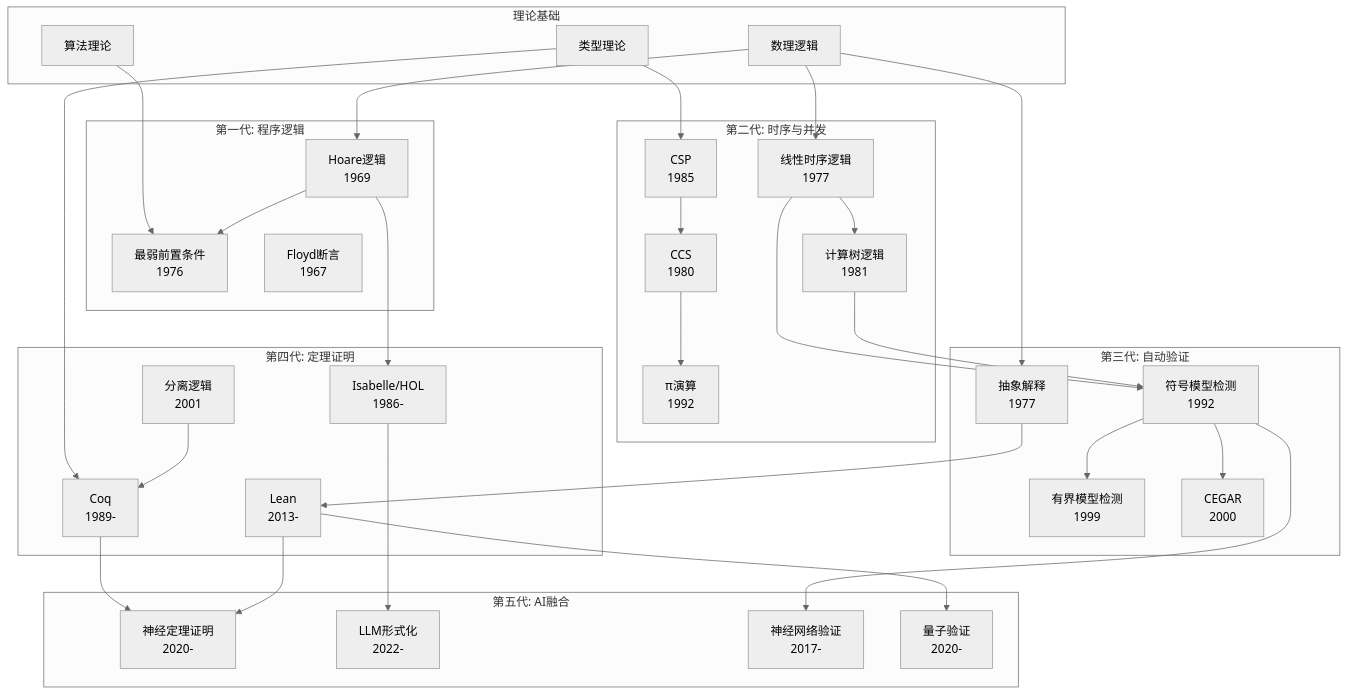
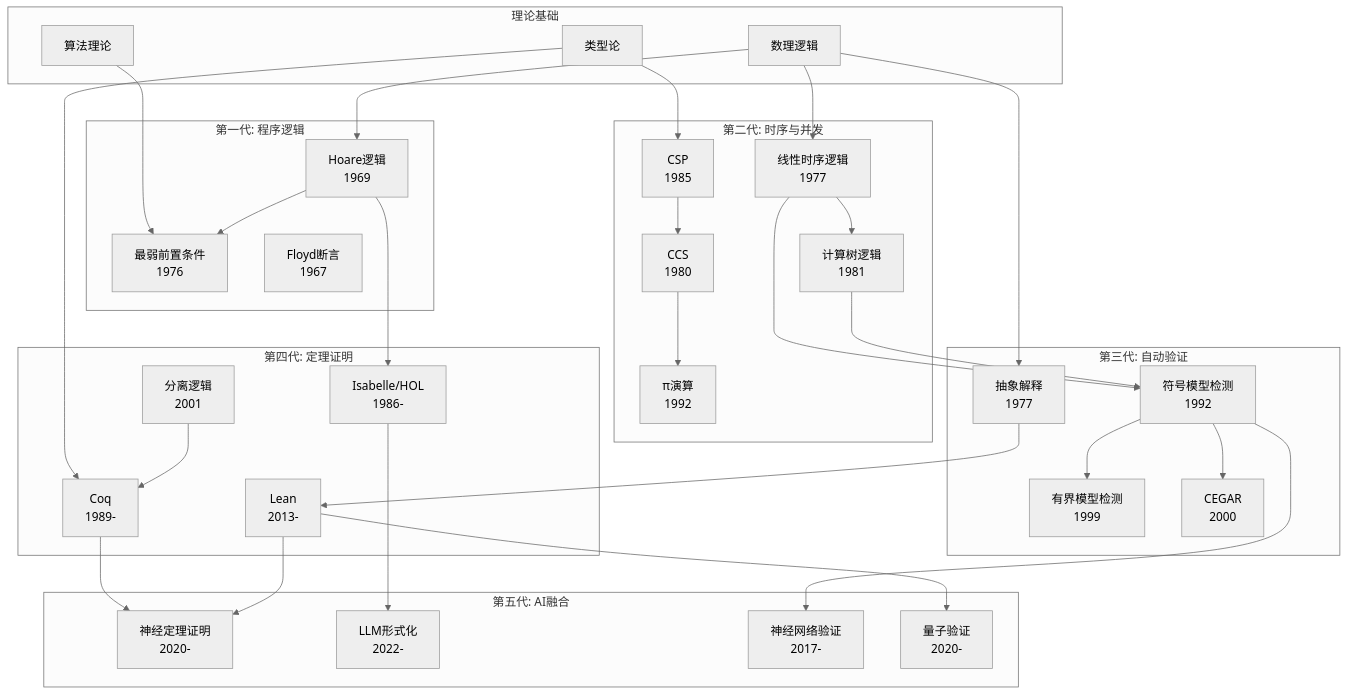
One commit to AdaMartin18010/AnalysisDataFlow changed the fifth of 6 diagrams in formal-methods/07-future/03-history-of-formal-methods.md. Above: the diagram before and after it, drawn with Mermaid (neutral theme). The commit also changed other lines of this file and 129 other files, not shown here.

````diff
--- a/formal-methods/07-future/03-history-of-formal-methods.md
+++ b/formal-methods/07-future/03-history-of-formal-methods.md
@@ -555,70 +555,70 @@
 ```mermaid
 graph TB
     subgraph Root["理论基础"]
         LOGIC[数理逻辑]
         ALGO[算法理论]
-        TYPE[类型理论]
+        TYPE[类型论]
     end
 
     subgraph Level1["第一代: 程序逻辑"]
         HOARE[Hoare逻辑<br/>1969]
         WP[最弱前置条件<br/>1976]
         FLOYD[Floyd断言<br/>1967]
     end
 
     subgraph Level2["第二代: 时序与并发"]
         LTL[线性时序逻辑<br/>1977]
         CTL[计算树逻辑<br/>1981]
         CSP[CSP<br/>1985]
         CCS[CCS<br/>1980]
         PI[π演算<br/>1992]
     end
 
     subgraph Level3["第三代: 自动验证"]
         BMC[有界模型检测<br/>1999]
         MC[符号模型检测<br/>1992]
         CEGAR[CEGAR<br/>2000]
         ABST[抽象解释<br/>1977]
     end
 
     subgraph Level4["第四代: 定理证明"]
         COQ[Coq<br/>1989-]
         ISABELLE[Isabelle/HOL<br/>1986-]
         LEAN[Lean<br/>2013-]
         SL[分离逻辑<br/>2001]
     end
 
     subgraph Level5["第五代: AI融合"]
         NTP[神经定理证明<br/>2020-]
         LLMF[LLM形式化<br/>2022-]
         NV[神经网络验证<br/>2017-]
         QP[量子验证<br/>2020-]
     end
 
     LOGIC --> HOARE
     LOGIC --> LTL
     ALGO --> WP
     TYPE --> CSP
 
     HOARE --> WP
     LTL --> CTL
     CSP --> CCS
     CCS --> PI
 
     LTL --> MC
     CTL --> MC
     MC --> BMC
     MC --> CEGAR
     LOGIC --> ABST
 
     TYPE --> COQ
     HOARE --> ISABELLE
     SL --> COQ
     ABST --> LEAN
 
     COQ --> NTP
     LEAN --> NTP
     ISABELLE --> LLMF
     MC --> NV
     LEAN --> QP
 ```
````
